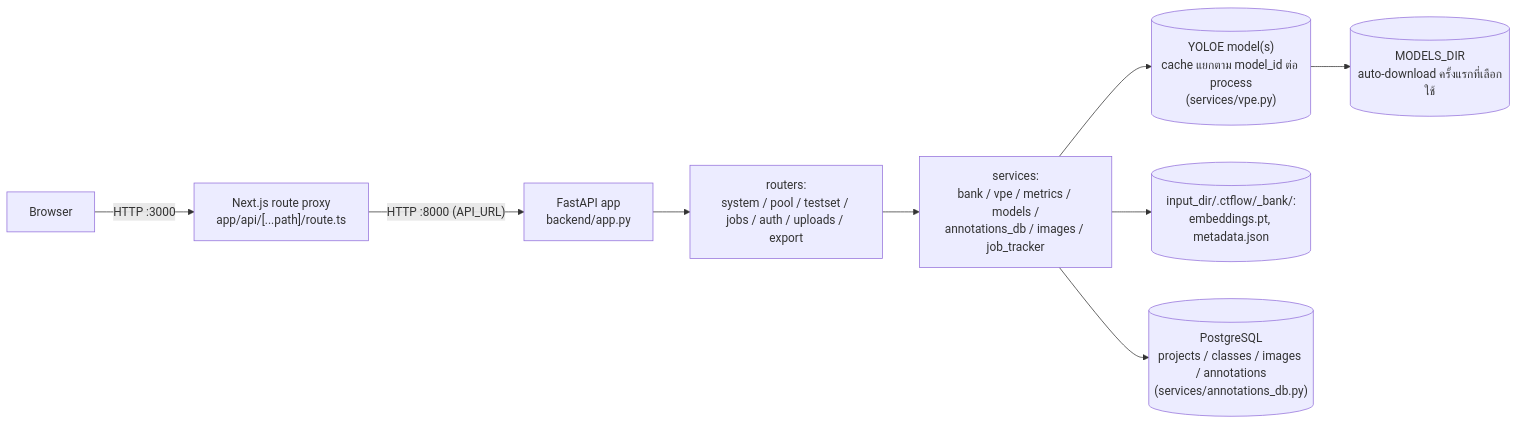
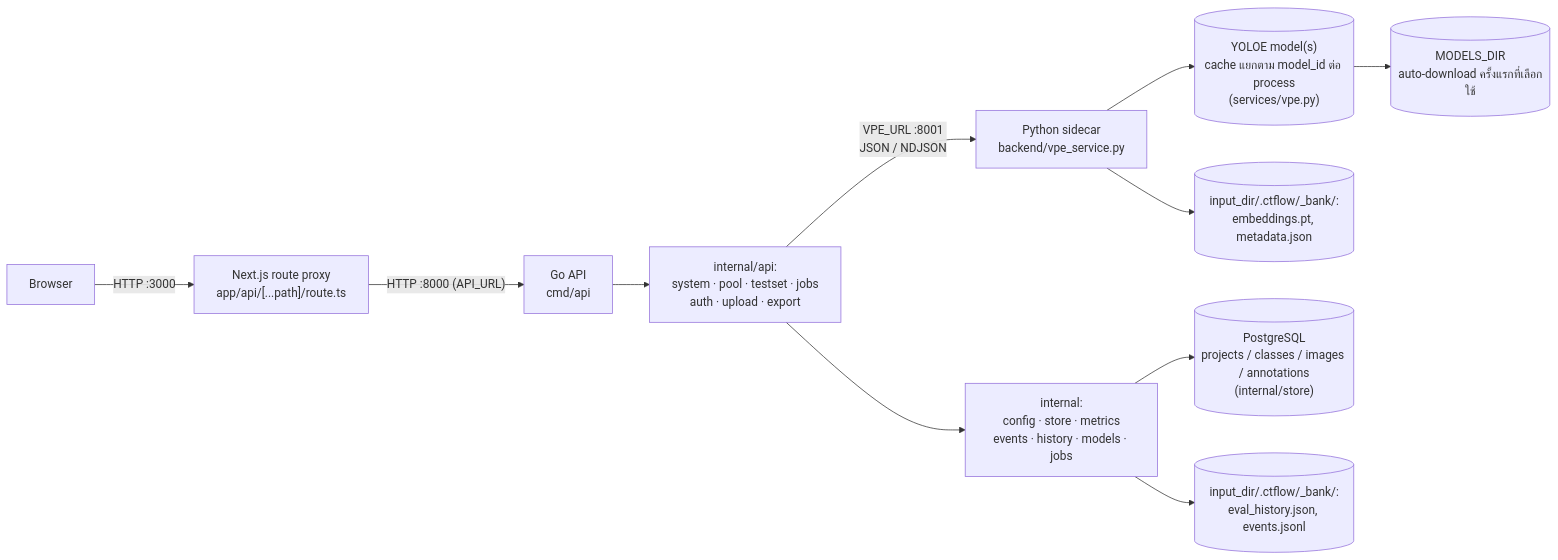
One commit to P-PrPas/CT-Flow changed the diagram in docs/ARCHITECTURE.md. Above: the diagram before and after it, drawn with Mermaid. The commit also changed other lines of this file and 6 other files, not shown here.

````diff
--- a/docs/ARCHITECTURE.md
+++ b/docs/ARCHITECTURE.md
@@ -19,11 +20,13 @@
 ```mermaid
 flowchart LR
     Browser -->|"HTTP :3000"| Proxy["Next.js route proxy<br/>app/api/[...path]/route.ts"]
-    Proxy -->|"HTTP :8000 (API_URL)"| API["FastAPI app<br/>backend/app.py"]
-    API --> Routers["routers:<br/>system / pool / testset / jobs / auth / uploads / export"]
-    Routers --> Services["services:<br/>bank / vpe / metrics / models /<br/>annotations_db / images / job_tracker"]
-    Services --> Model[("YOLOE model(s)<br/>cache แยกตาม model_id ต่อ process<br/>(services/vpe.py)")]
+    Proxy -->|"HTTP :8000 (API_URL)"| API["Go API<br/>cmd/api"]
+    API --> H["internal/api:<br/>system · pool · testset · jobs<br/>auth · upload · export"]
+    H --> Pkgs["internal:<br/>config · store · metrics<br/>events · history · models · jobs"]
+    H -->|"VPE_URL :8001<br/>JSON / NDJSON"| VPE["Python sidecar<br/>backend/vpe_service.py"]
+    VPE --> Model[("YOLOE model(s)<br/>cache แยกตาม model_id ต่อ process<br/>(services/vpe.py)")]
     Model --> Weights[("MODELS_DIR<br/>auto-download ครั้งแรกที่เลือกใช้")]
-    Services --> Bank[("input_dir/.ctflow/_bank/:<br/>embeddings.pt, metadata.json")]
-    Services --> DB[("PostgreSQL<br/>projects / classes / images / annotations<br/>(services/annotations_db.py)")]
+    VPE --> Bank[("input_dir/.ctflow/_bank/:<br/>embeddings.pt, metadata.json")]
+    Pkgs --> DB[("PostgreSQL<br/>projects / classes / images / annotations<br/>(internal/store)")]
+    Pkgs --> Files[("input_dir/.ctflow/_bank/:<br/>eval_history.json, events.jsonl")]
 ```
````
